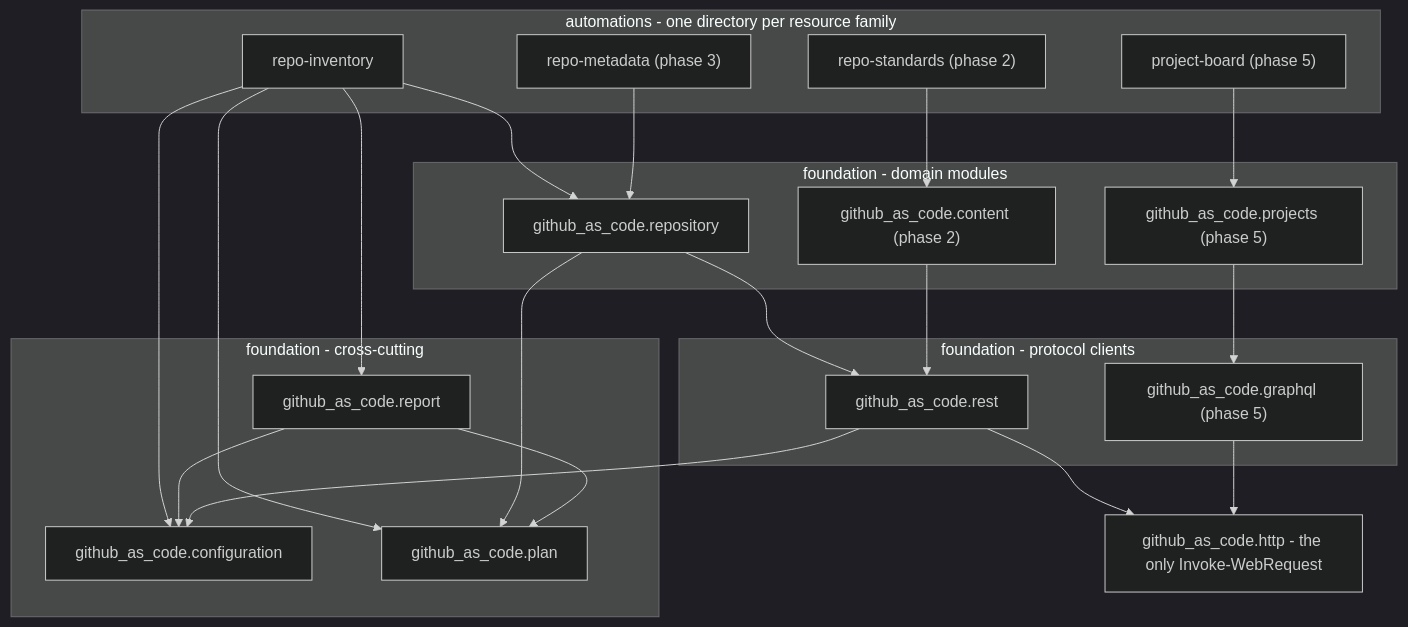
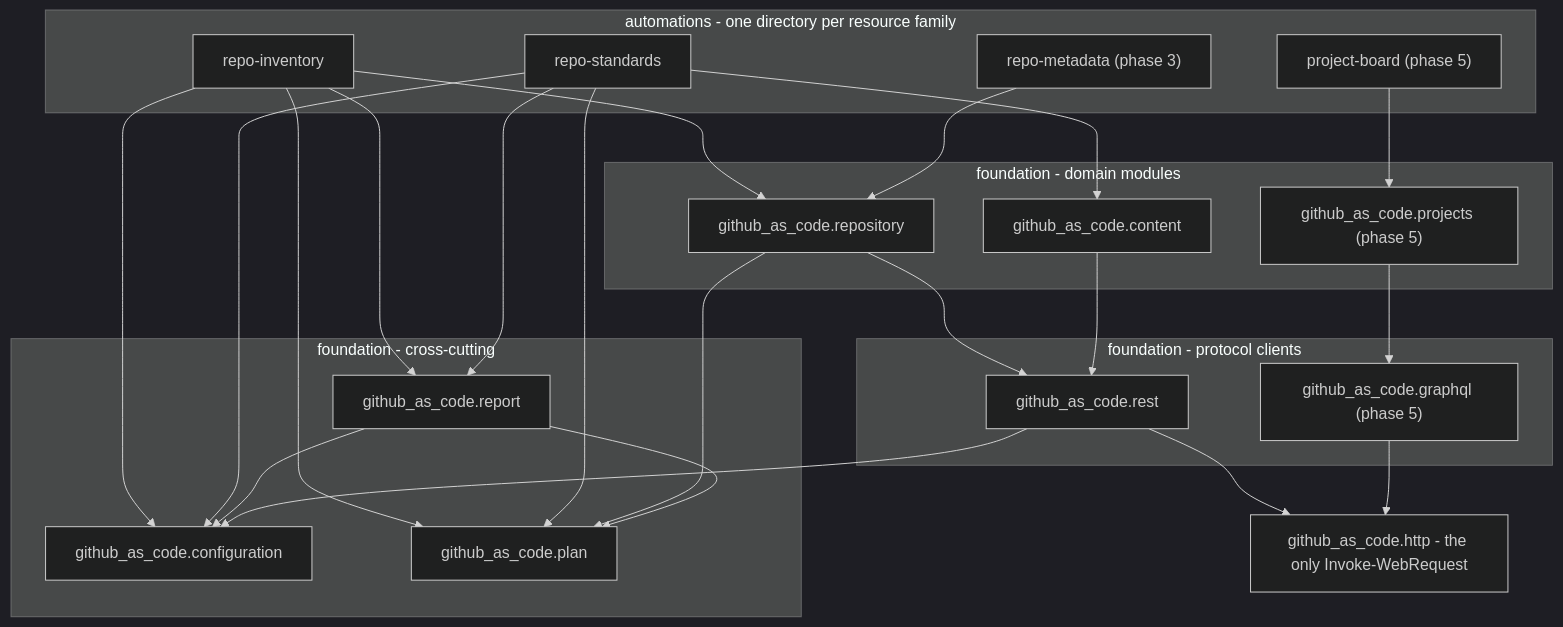
The diagram in docs/reference/architecture.md (nehemias1999/GitHub_AsCode), drawn with Mermaid (dark theme) before and after one commit. The commit also changed other lines of this file and 19 other files, not shown here.

````diff
--- a/docs/reference/architecture.md
+++ b/docs/reference/architecture.md
@@ -24,41 +24,44 @@
 ```mermaid
 flowchart TD
     subgraph entry [automations - one directory per resource family]
         RI[repo-inventory]
-        RS["repo-standards (phase 2)"]
+        RS[repo-standards]
         RM["repo-metadata (phase 3)"]
         PB["project-board (phase 5)"]
     end
     subgraph domain [foundation - domain modules]
         REPO[github_as_code.repository]
-        CONT["github_as_code.content (phase 2)"]
+        CONT[github_as_code.content]
         PROJ["github_as_code.projects (phase 5)"]
     end
     subgraph client [foundation - protocol clients]
         REST[github_as_code.rest]
         GQL["github_as_code.graphql (phase 5)"]
     end
     subgraph cross [foundation - cross-cutting]
         CF[github_as_code.configuration]
         PL[github_as_code.plan]
         RP[github_as_code.report]
     end
     HTTP["github_as_code.http - the only Invoke-WebRequest"]
 
     RI --> REPO
     RS --> CONT
     RM --> REPO
     PB --> PROJ
     RI --> PL
     RI --> RP
     RI --> CF
+    RS --> PL
+    RS --> RP
+    RS --> CF
     REPO --> REST
     REPO --> PL
     CONT --> REST
     PROJ --> GQL
     RP --> PL
     RP --> CF
     REST --> CF
     REST --> HTTP
     GQL --> HTTP
 ```
````
